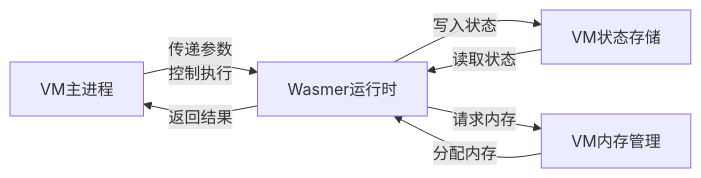
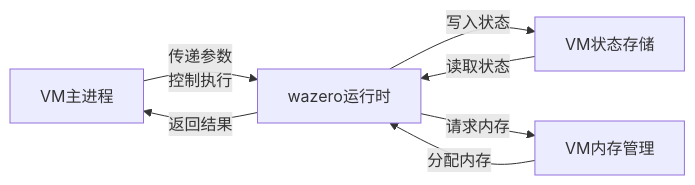
One commit to govm-net/vm changed the fourth of 6 diagrams in docs/wasi_contracts.md. Above: the diagram before and after it, drawn with Mermaid. The commit also changed other lines of this file and 59 other files, not shown here.

````diff
--- a/docs/wasi_contracts.md
+++ b/docs/wasi_contracts.md
@@ -909,11 +909,11 @@
 ```mermaid
 flowchart LR
-    A[VM主进程] -- "传递参数\n控制执行" --> B[Wasmer运行时]
+    A[VM主进程] -- "传递参数\n控制执行" --> B[wazero运行时]
     B -- "返回结果" --> A
     
     C[VM状态存储] -- "读取状态" --> B
     B -- "写入状态" --> C
     
     D[VM内存管理] -- "分配内存" --> B
     B -- "请求内存" --> D
 ```
````
